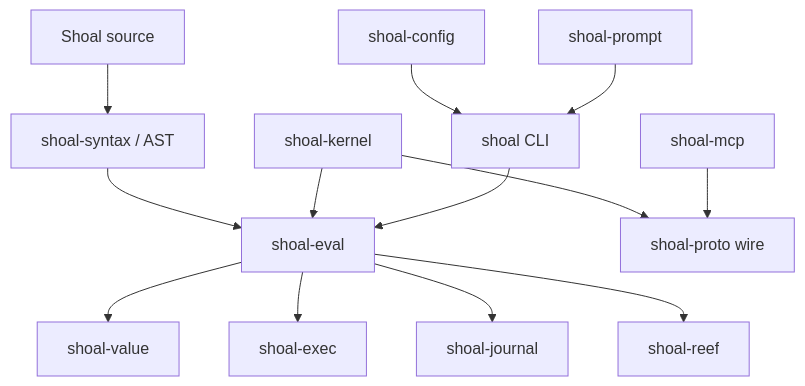
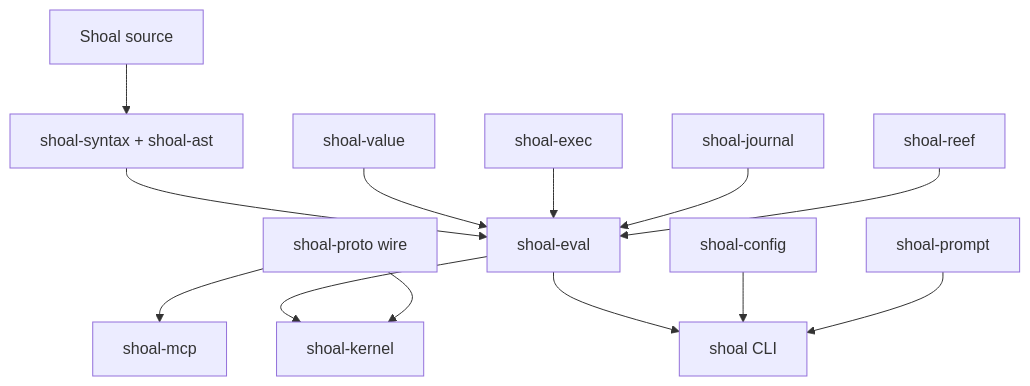
One commit to alliecatowo/shoal changed the first of 3 diagrams in site/content/internals/intercrate-protocol-contracts.md. Above: the diagram before and after it, drawn with Mermaid. The commit also changed other lines of this file and 70 other files, not shown here.

Commit message:
docs: refine manual and architecture visuals

````diff
--- a/site/content/internals/intercrate-protocol-contracts.md
+++ b/site/content/internals/intercrate-protocol-contracts.md
@@ -31,15 +31,17 @@
 ```mermaid
 flowchart TB
-  Script["Shoal source"] --> Syntax["shoal-syntax / AST"]
+accTitle: Contract layers
+accDescr: Leaf crates point toward value and syntax foundations, while evaluator, kernel, protocol, MCP, and host layers compose them without reversing dependency ownership.
+  Script["Shoal source"] --> Syntax["shoal-syntax + shoal-ast"]
   Syntax --> Eval["shoal-eval"]
-  Eval --> Value["shoal-value"]
-  Eval --> Exec["shoal-exec"]
-  Eval --> Journal["shoal-journal"]
-  Eval --> Reef["shoal-reef"]
-  Kernel["shoal-kernel"] --> Eval
-  Kernel --> Proto["shoal-proto wire"]
-  MCP["shoal-mcp"] --> Proto
-  Host["shoal CLI"] --> Eval
+  Value["shoal-value"] --> Eval
+  Exec["shoal-exec"] --> Eval
+  Journal["shoal-journal"] --> Eval
+  Reef["shoal-reef"] --> Eval
+  Eval --> Kernel["shoal-kernel"]
+  Proto["shoal-proto wire"] --> Kernel
+  Proto --> MCP["shoal-mcp"]
+  Eval --> Host["shoal CLI"]
   Config["shoal-config"] --> Host
   Prompt["shoal-prompt"] --> Host
 ```
````
